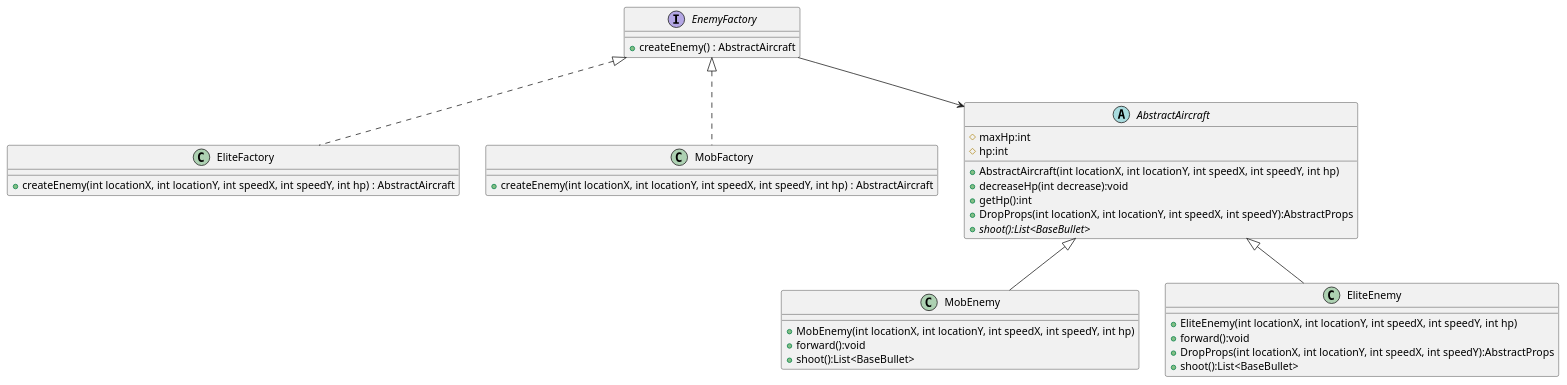
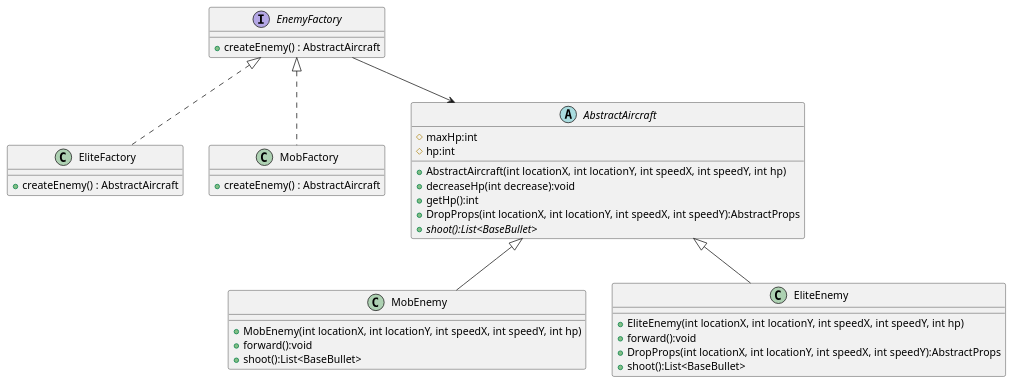
One commit to Doby-4/AircraftWar changed the diagram in uml/FactoryEnemy.puml. Above: the diagram before and after it, drawn with PlantUML. The commit also changed 10 other files, not shown here.

```diff
--- a/uml/FactoryEnemy.puml
+++ b/uml/FactoryEnemy.puml
@@ -1,47 +1,47 @@
 @startuml
 'https://plantuml.com/sequence-diagram
 
 interface EnemyFactory {
     +createEnemy() : AbstractAircraft
 }
 
 class EliteFactory {
-    +createEnemy(int locationX, int locationY, int speedX, int speedY, int hp) : AbstractAircraft
+    +createEnemy() : AbstractAircraft
 
 }
 
 class MobFactory {
-    +createEnemy(int locationX, int locationY, int speedX, int speedY, int hp) : AbstractAircraft
+    +createEnemy() : AbstractAircraft
 }
 
 EnemyFactory <|.. EliteFactory
 EnemyFactory <|.. MobFactory
 
 abstract class AbstractAircraft
 {
 	# maxHp:int
     # hp:int
     + AbstractAircraft(int locationX, int locationY, int speedX, int speedY, int hp)
     + decreaseHp(int decrease):void
     + getHp():int
     + DropProps(int locationX, int locationY, int speedX, int speedY):AbstractProps
     + {abstract} shoot():List<BaseBullet>
  }
 
 class MobEnemy {
     + MobEnemy(int locationX, int locationY, int speedX, int speedY, int hp)
     + forward():void
     + shoot():List<BaseBullet>
 }
 AbstractAircraft <|-- MobEnemy
 
 class EliteEnemy{
     + EliteEnemy(int locationX, int locationY, int speedX, int speedY, int hp)
     + forward():void
     + DropProps(int locationX, int locationY, int speedX, int speedY):AbstractProps
     + shoot():List<BaseBullet>
 }
 AbstractAircraft <|-- EliteEnemy
 
 EnemyFactory --> AbstractAircraft
 @enduml
```
